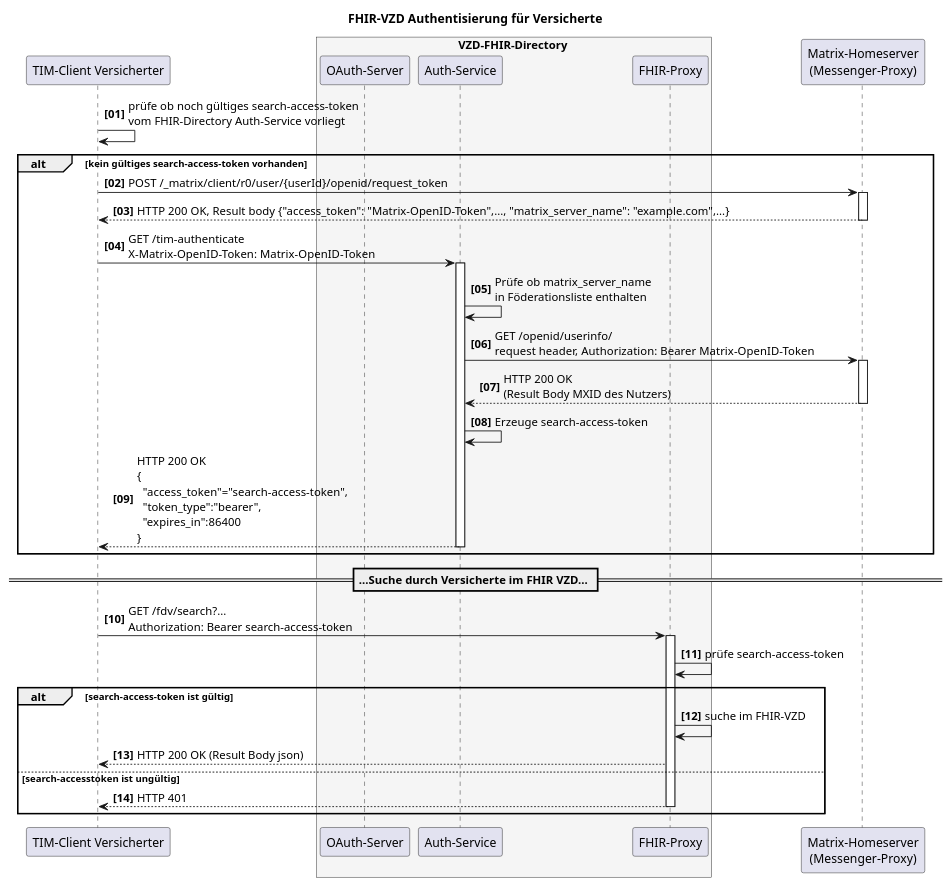
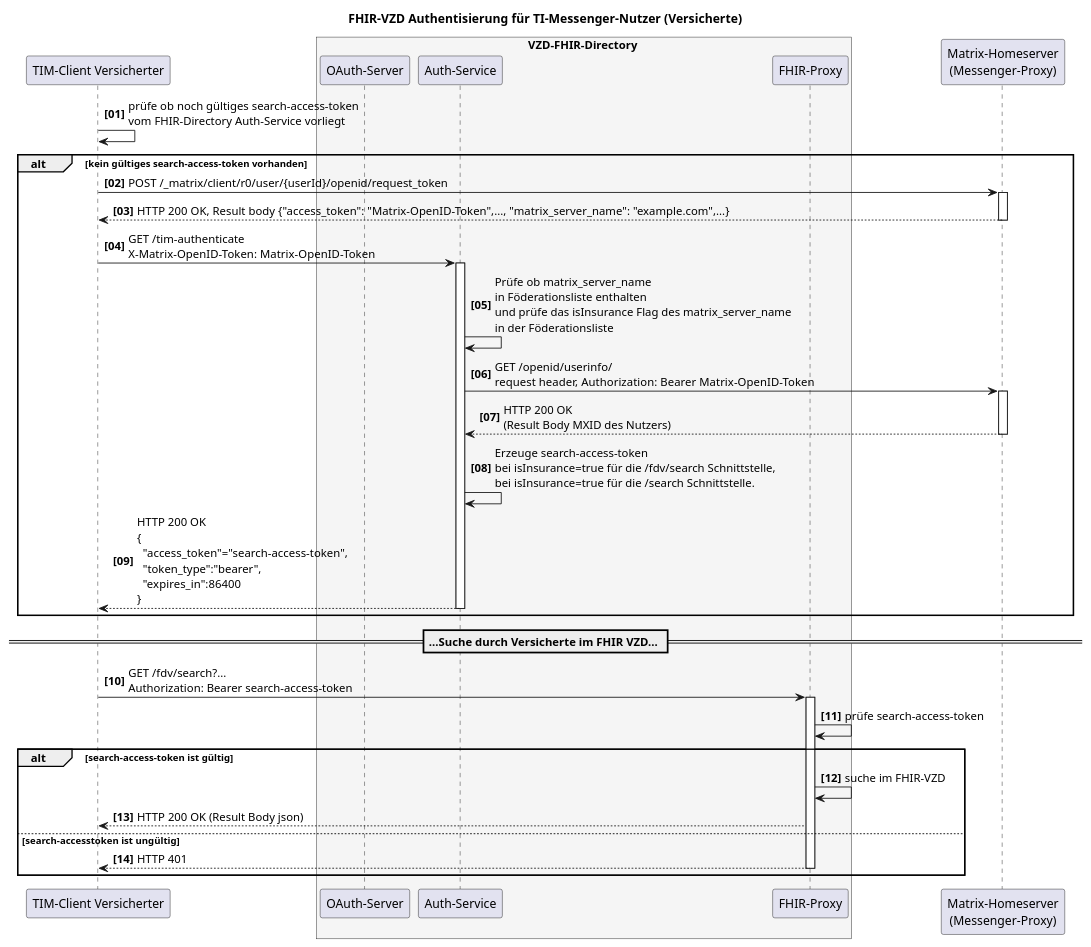
The diagram in src/plantuml/SequenceDiagram.FHIR-Directory.fdv.search.tim.puml (gematik/api-vzd), drawn with PlantUML before and after one commit.

```diff
--- a/src/plantuml/SequenceDiagram.FHIR-Directory.fdv.search.tim.puml
+++ b/src/plantuml/SequenceDiagram.FHIR-Directory.fdv.search.tim.puml
@@ -1,50 +1,50 @@
 @startuml
 autonumber 1 1 "<b>[00]"
-title "FHIR-VZD Authentisierung für Versicherte"
+title "FHIR-VZD Authentisierung für TI-Messenger-Nutzer (Versicherte)"
 
 participant VClient as "TIM-Client Versicherter"
 
 box VZD-FHIR-Directory #WhiteSmoke
     participant "OAuth-Server" as VzdOAuth
     participant "Auth-Service" as VzdAuth
     participant fp as "FHIR-Proxy"
 end box
 
 participant hs as "Matrix-Homeserver\n(Messenger-Proxy)"
 
 VClient-> VClient: prüfe ob noch gültiges search-access-token\nvom FHIR-Directory Auth-Service vorliegt
 
 alt kein gültiges search-access-token vorhanden
    VClient-> hs: POST /_matrix/client/r0/user/{userId}/openid/request_token
    activate hs
    hs --> VClient: HTTP 200 OK, Result body {"access_token": "Matrix-OpenID-Token",..., "matrix_server_name": "example.com",...}
    deactivate hs
 
    VClient->VzdAuth++: GET /tim-authenticate \nX-Matrix-OpenID-Token: Matrix-OpenID-Token
 
-   VzdAuth-> VzdAuth: Prüfe ob matrix_server_name\nin Föderationsliste enthalten
+   VzdAuth-> VzdAuth: Prüfe ob matrix_server_name\nin Föderationsliste enthalten \nund prüfe das isInsurance Flag des matrix_server_name\nin der Föderationsliste
    VzdAuth-> hs: GET /openid/userinfo/\nrequest header, Authorization: Bearer Matrix-OpenID-Token
    activate hs
    hs --> VzdAuth: HTTP 200 OK\n(Result Body MXID des Nutzers)
    deactivate hs
-   VzdAuth->VzdAuth: Erzeuge search-access-token
+   VzdAuth->VzdAuth: Erzeuge search-access-token\nbei isInsurance=true für die /fdv/search Schnittstelle,\nbei isInsurance=true für die /search Schnittstelle.
    VzdAuth--> VClient: HTTP 200 OK\n{\n  "access_token"="search-access-token",\n  "token_type":"bearer",\n  "expires_in":86400\n}
    deactivate VzdAuth
 
 end
 
 == ...Suche durch Versicherte im FHIR VZD... ==
 
 VClient -> fp: GET /fdv/search?...\nAuthorization: Bearer search-access-token
 activate fp
 fp -> fp: prüfe search-access-token
 
 alt search-access-token ist gültig
    fp -> fp: suche im FHIR-VZD
    fp --> VClient : HTTP 200 OK (Result Body json)
  else search-accesstoken ist ungültig
    fp --> VClient : HTTP 401
    deactivate fp
 end
 
 @enduml
```
